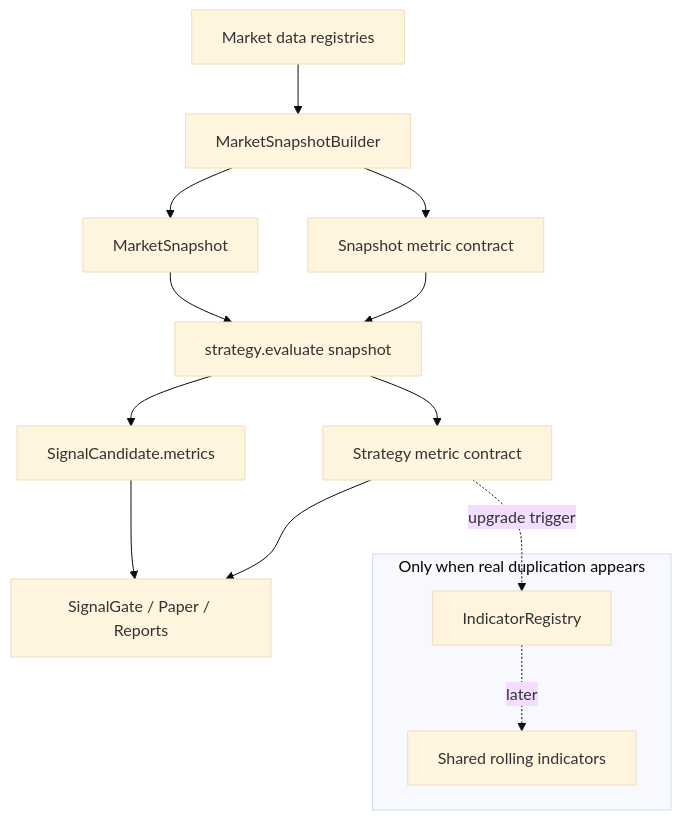
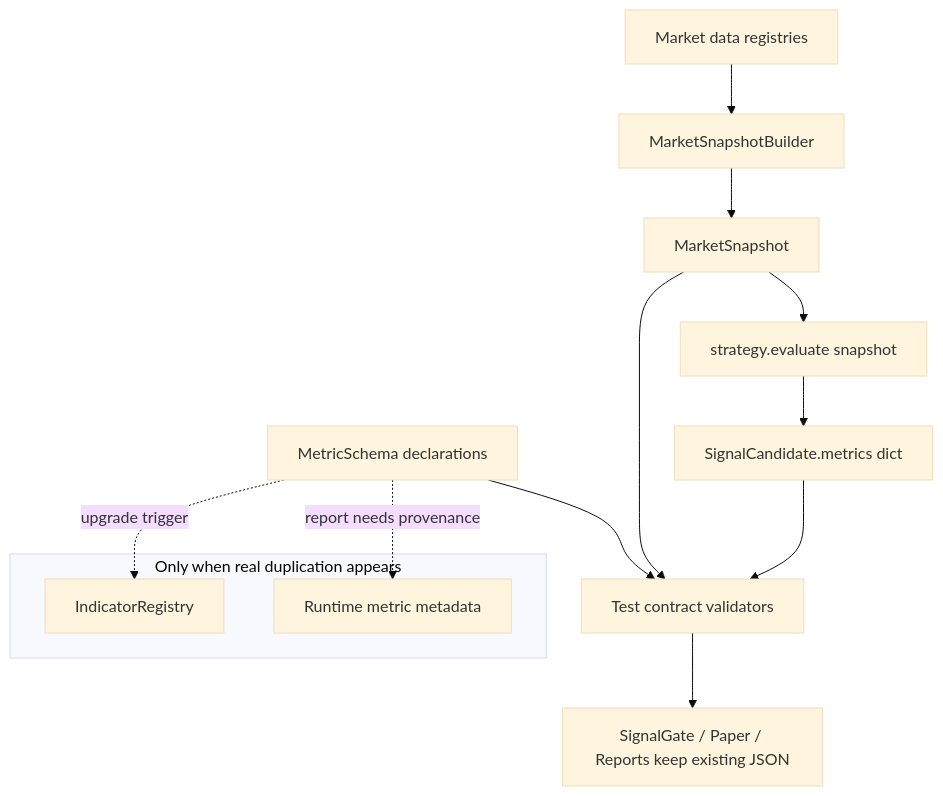
One commit to 6Kmfi6HP/polysignal-lab changed the diagram in docs/superpowers/specs/2026-06-24-12-strategy-indicator-governance-design.md. Above: the diagram before and after it, drawn with Mermaid (base theme). The commit also changed other lines of this file, not shown here.

Commit message:
docs: revise strategy indicator governance spec

````diff
--- a/docs/superpowers/specs/2026-06-24-12-strategy-indicator-governance-design.md
+++ b/docs/superpowers/specs/2026-06-24-12-strategy-indicator-governance-design.md
@@ -89,20 +100,19 @@
 ```mermaid
 flowchart TD
     A[Market data registries] --> B[MarketSnapshotBuilder]
     B --> C[MarketSnapshot]
-    B --> D[Snapshot metric contract]
-    C --> E[strategy.evaluate snapshot]
-    D --> E
-    E --> F[SignalCandidate.metrics]
-    E --> G[Strategy metric contract]
-    F --> H[SignalGate / Paper / Reports]
-    G --> H
+    C --> D[strategy.evaluate snapshot]
+    D --> E[SignalCandidate.metrics dict]
+    F[MetricSchema declarations] --> G[Test contract validators]
+    C --> G
+    E --> G
+    G --> H[SignalGate / Paper / Reports keep existing JSON]
 
     subgraph FutureUpgrade [Only when real duplication appears]
         I[IndicatorRegistry]
-        J[Shared rolling indicators]
+        J[Runtime metric metadata]
     end
 
-    G -.upgrade trigger.-> I
-    I -.later.-> J
+    F -.upgrade trigger.-> I
+    F -.report needs provenance.-> J
 ```
````
